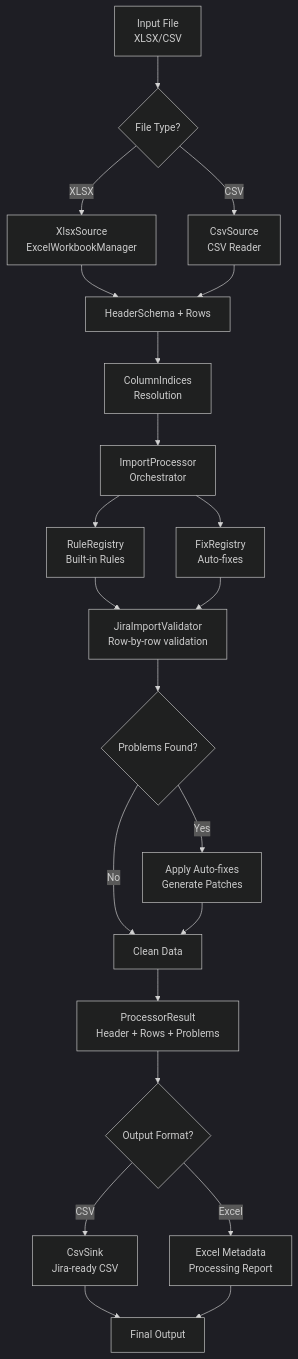
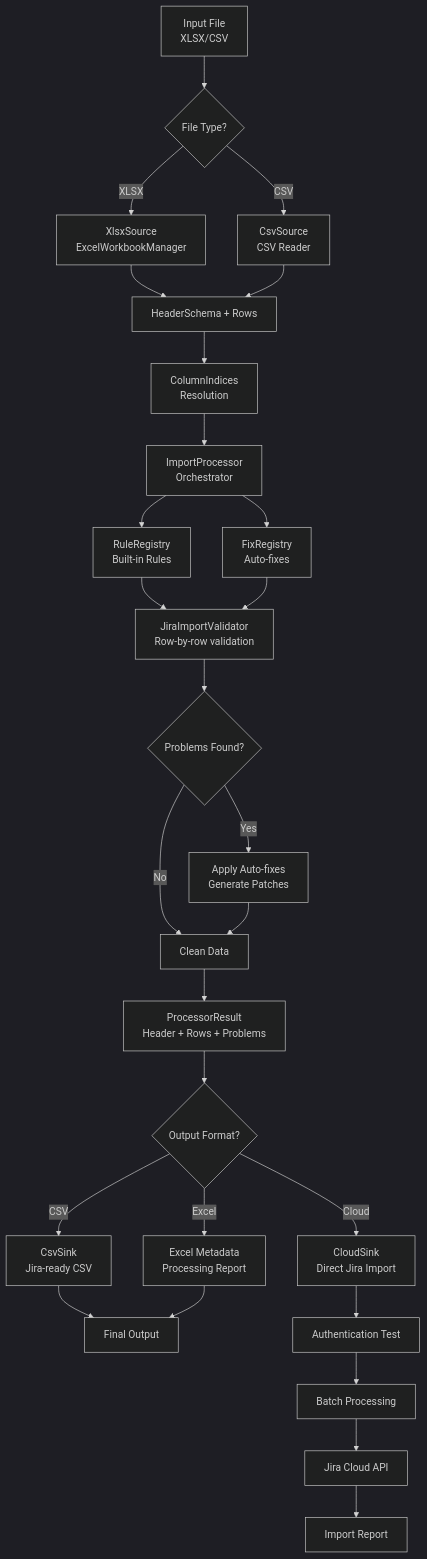
One commit to DeerHide/jira-toolkit changed the second of 6 diagrams in docs/ARCHITECTURE.md. Above: the diagram before and after it, drawn with Mermaid (dark theme). The commit also changed other lines of this file and 5 other files, not shown here.

First line of the commit message:
JT-25: Update docs and config handling for Jira Cloud integration

````diff
--- a/docs/ARCHITECTURE.md
+++ b/docs/ARCHITECTURE.md
@@ -143,32 +151,37 @@
 ```mermaid
 flowchart TD
     A[Input File<br/>XLSX/CSV] --> B{File Type?}
     B -->|XLSX| C[XlsxSource<br/>ExcelWorkbookManager]
     B -->|CSV| D[CsvSource<br/>CSV Reader]
 
     C --> E[HeaderSchema + Rows]
     D --> E
 
     E --> F[ColumnIndices<br/>Resolution]
     F --> G[ImportProcessor<br/>Orchestrator]
 
     G --> H[RuleRegistry<br/>Built-in Rules]
     G --> I[FixRegistry<br/>Auto-fixes]
 
     H --> J[JiraImportValidator<br/>Row-by-row validation]
     I --> J
 
     J --> K{Problems Found?}
     K -->|Yes| L[Apply Auto-fixes<br/>Generate Patches]
     K -->|No| M[Clean Data]
 
     L --> M
     M --> N[ProcessorResult<br/>Header + Rows + Problems]
 
     N --> O{Output Format?}
     O -->|CSV| P[CsvSink<br/>Jira-ready CSV]
+    O -->|Cloud| S[CloudSink<br/>Direct Jira Import]
     O -->|Excel| Q[Excel Metadata<br/>Processing Report]
 
     P --> R[Final Output]
+    S --> T[Authentication Test]
+    T --> U[Batch Processing]
+    U --> V[Jira Cloud API]
+    V --> W[Import Report]
     Q --> R
 ```
````
